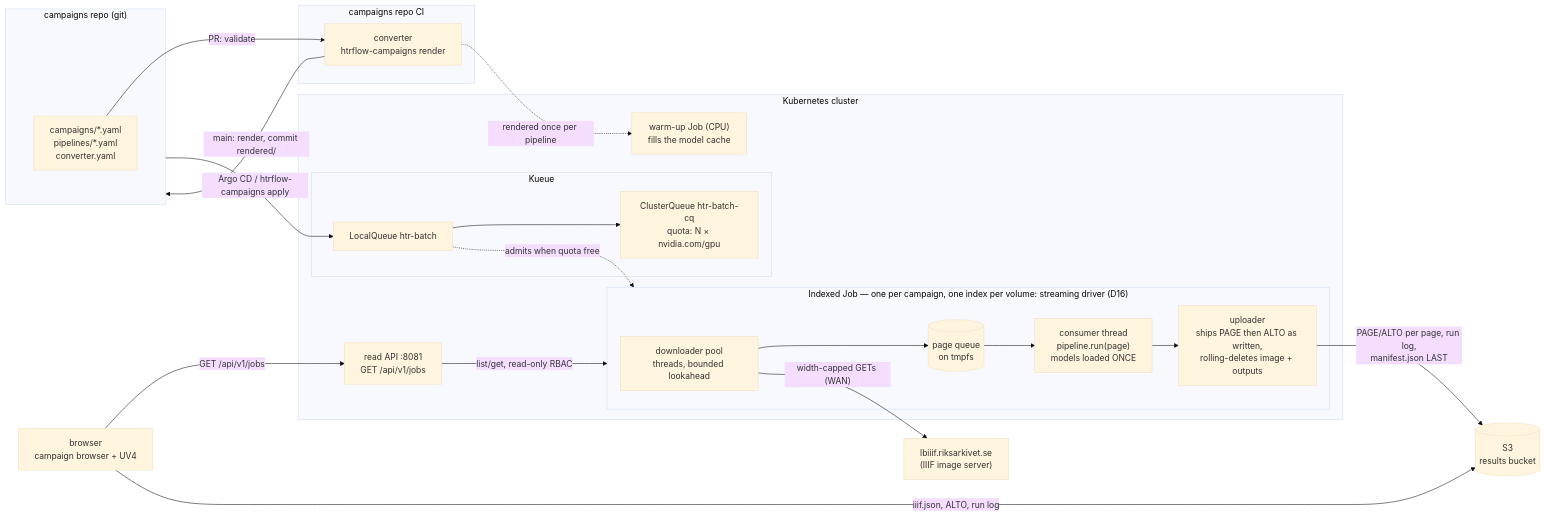
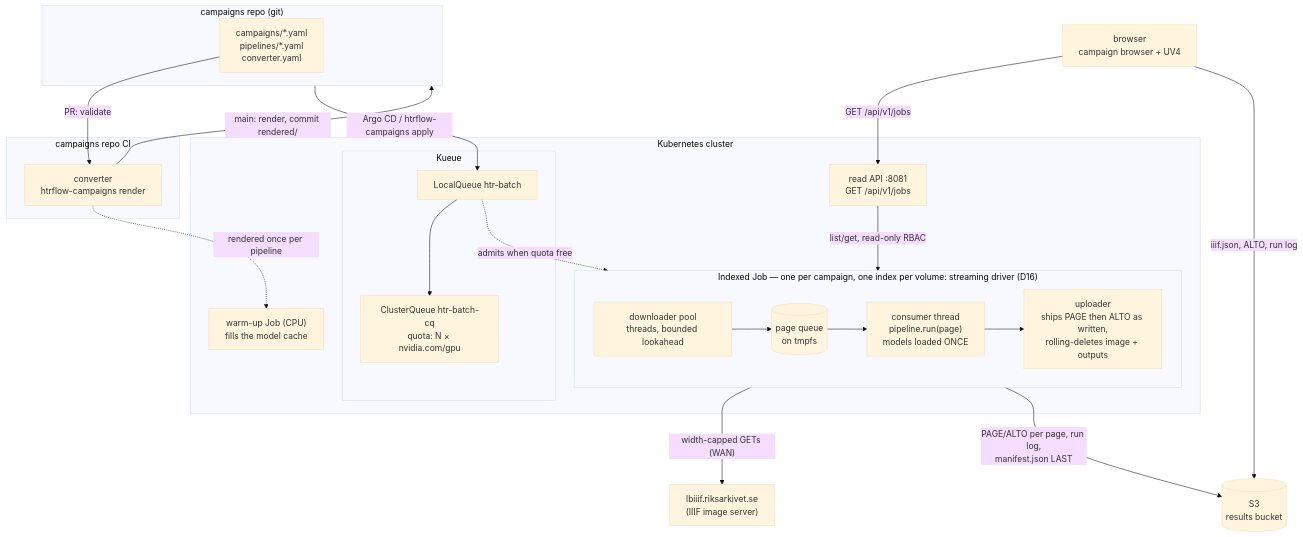
One commit to AI-Riksarkivet/htrflow-batch changed the first of 2 diagrams in docs/how-it-works/architecture.md. Above: the diagram before and after it, drawn with Mermaid (base theme).

Commit message:
docs(architecture): draw the overview top-to-bottom so it is readable on the site
The left-to-right layout spanned seven columns and rendered too small
at page width. The streaming driver keeps its row inside its box.

Claude-Session: https://claude.ai/code/session_01MHcRxTpBNARnc9nPWq81YA

````diff
--- a/docs/how-it-works/architecture.md
+++ b/docs/how-it-works/architecture.md
@@ -3,42 +3,45 @@
 ```mermaid
-flowchart LR
+%% Top-to-bottom so the site renders it readable at page width; the
+%% streaming driver keeps its left-to-right row inside its own box.
+flowchart TB
     subgraph git["campaigns repo (git)"]
         CAMP["campaigns/*.yaml<br/>pipelines/*.yaml<br/>converter.yaml"]
     end
 
     subgraph ci["campaigns repo CI"]
         CONV["converter<br/>htrflow-campaigns render"]
     end
 
     subgraph cluster["Kubernetes cluster"]
         subgraph queueing["Kueue"]
             LQ["LocalQueue htr-batch"] --> CQ["ClusterQueue htr-batch-cq<br/>quota: N × nvidia.com/gpu"]
         end
 
         subgraph job["Indexed Job — one per campaign, one index per volume: streaming driver (D16)"]
+            direction LR
             DLP["downloader pool<br/>threads, bounded lookahead"]
             PQ[("page queue<br/>on tmpfs")]
             CONS["consumer thread<br/>pipeline.run(page)<br/>models loaded ONCE"]
             UPL["uploader<br/>ships PAGE then ALTO as written,<br/>rolling-deletes image + outputs"]
             DLP --> PQ --> CONS --> UPL
         end
 
         WARM["warm-up Job (CPU)<br/>fills the model cache"]
         API["read API :8081<br/>GET /api/v1/jobs"]
         LQ -.->|admits when quota free| job
         API -->|"list/get, read-only RBAC"| job
     end
 
     IIIF["lbiiif.riksarkivet.se<br/>(IIIF image server)"]
     S3[("S3<br/>results bucket")]
     BROWSER["browser<br/>campaign browser + UV4"]
 
     CAMP -->|"PR: validate"| CONV
     CONV -->|"main: render, commit rendered/"| git
     git -->|"Argo CD / htrflow-campaigns apply"| LQ
     CONV -.->|"rendered once per pipeline"| WARM
     DLP -->|"width-capped GETs (WAN)"| IIIF
     UPL -->|"PAGE/ALTO per page, run log,<br/>manifest.json LAST"| S3
     BROWSER -->|"GET /api/v1/jobs"| API
     BROWSER -->|"iiif.json, ALTO, run log"| S3
 ```
````
